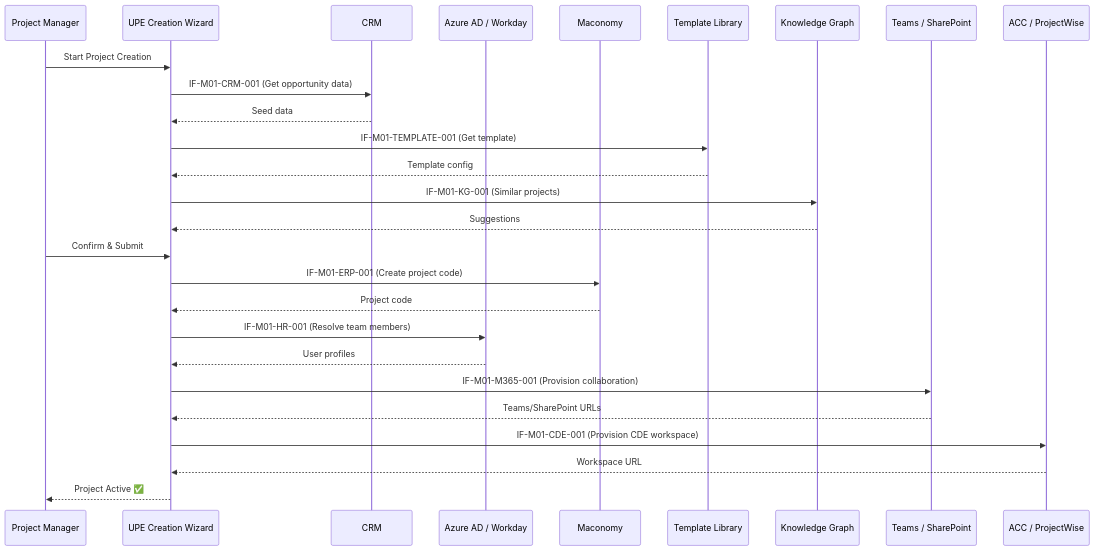
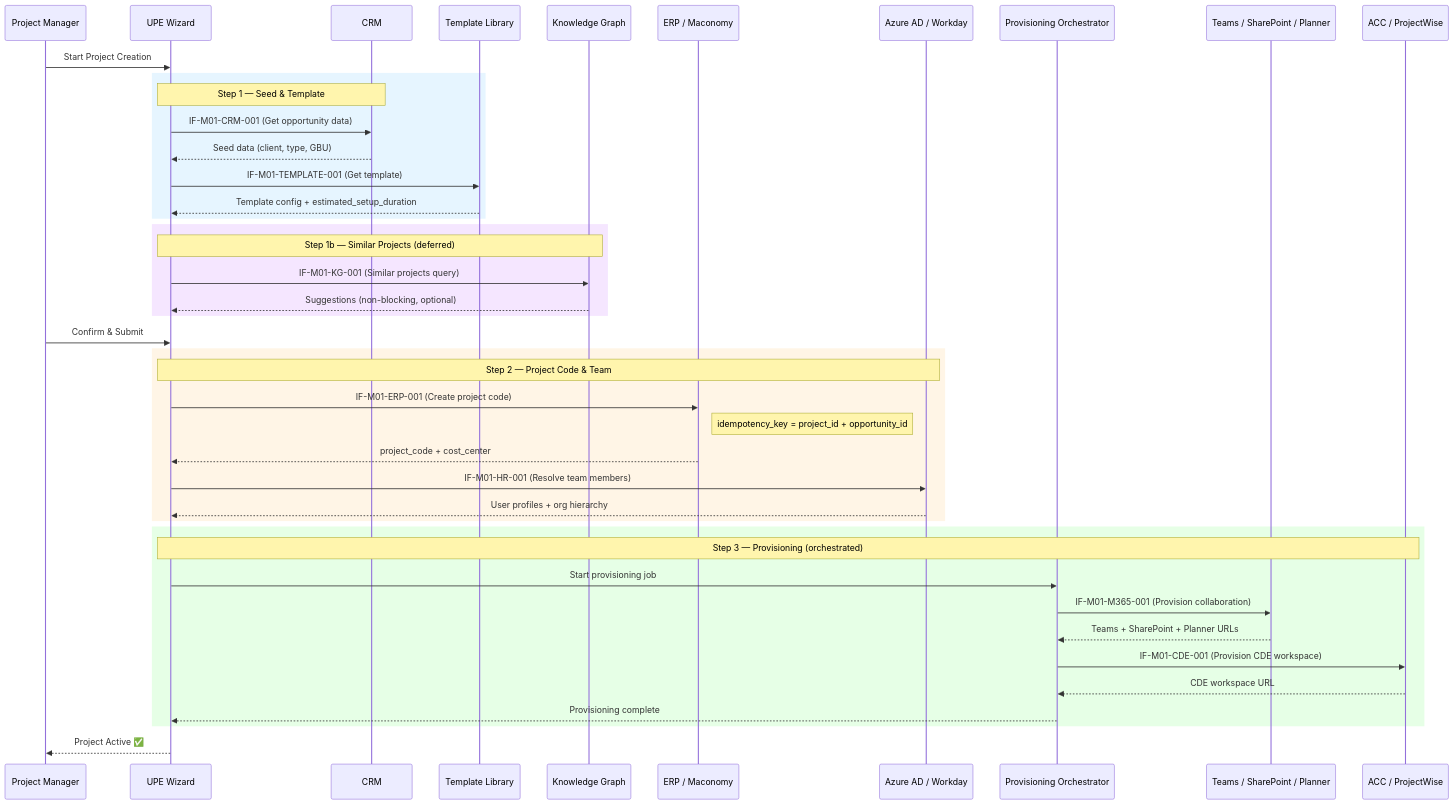
The diagram in knowledge-base/architecture/module_interfaces.md (Paradox-85/ram_upe), drawn with Mermaid before and after one commit. The commit also changed other lines of this file and 9 other files, not shown here.

First line of the commit message:
Update architecture docs, module interfaces, ADR-0001, and sprint-01 prototype prompt

````diff
--- a/knowledge-base/architecture/module_interfaces.md
+++ b/knowledge-base/architecture/module_interfaces.md
@@ -336,30 +374,52 @@
 ```mermaid
 sequenceDiagram
     participant PM as Project Manager
-    participant Wizard as UPE Creation Wizard
+    participant Wizard as UPE Wizard
     participant CRM as CRM
+    participant TL as Template Library
+    participant KG as Knowledge Graph
+    participant ERP as ERP / Maconomy
     participant HR as Azure AD / Workday
-    participant ERP as Maconomy
-    participant Template as Template Library
-    participant KG as Knowledge Graph
-    participant M365 as Teams / SharePoint
+    participant Orch as Provisioning Orchestrator
+    participant M365 as Teams / SharePoint / Planner
     participant CDE as ACC / ProjectWise
 
     PM->>Wizard: Start Project Creation
-    Wizard->>CRM: IF-M01-CRM-001 (Get opportunity data)
-    CRM-->>Wizard: Seed data
-    Wizard->>Template: IF-M01-TEMPLATE-001 (Get template)
-    Template-->>Wizard: Template config
-    Wizard->>KG: IF-M01-KG-001 (Similar projects)
-    KG-->>Wizard: Suggestions
+
+    rect rgb(230, 245, 255)
+        Note over Wizard,CRM: Step 1 — Seed & Template
+        Wizard->>CRM: IF-M01-CRM-001 (Get opportunity data)
+        CRM-->>Wizard: Seed data (client, type, GBU)
+        Wizard->>TL: IF-M01-TEMPLATE-001 (Get template)
+        TL-->>Wizard: Template config + estimated_setup_duration
+    end
+
+    rect rgb(245, 230, 255)
+        Note over Wizard,KG: Step 1b — Similar Projects (deferred)
+        Wizard->>KG: IF-M01-KG-001 (Similar projects query)
+        KG-->>Wizard: Suggestions (non-blocking, optional)
+    end
+
     PM->>Wizard: Confirm & Submit
-    Wizard->>ERP: IF-M01-ERP-001 (Create project code)
-    ERP-->>Wizard: Project code
-    Wizard->>HR: IF-M01-HR-001 (Resolve team members)
-    HR-->>Wizard: User profiles
-    Wizard->>M365: IF-M01-M365-001 (Provision collaboration)
-    M365-->>Wizard: Teams/SharePoint URLs
-    Wizard->>CDE: IF-M01-CDE-001 (Provision CDE workspace)
-    CDE-->>Wizard: Workspace URL
+
+    rect rgb(255, 245, 230)
+        Note over Wizard,HR: Step 2 — Project Code & Team
+        Wizard->>ERP: IF-M01-ERP-001 (Create project code)
+        Note right of ERP: idempotency_key = project_id + opportunity_id
+        ERP-->>Wizard: project_code + cost_center
+        Wizard->>HR: IF-M01-HR-001 (Resolve team members)
+        HR-->>Wizard: User profiles + org hierarchy
+    end
+
+    rect rgb(230, 255, 230)
+        Note over Wizard,CDE: Step 3 — Provisioning (orchestrated)
+        Wizard->>Orch: Start provisioning job
+        Orch->>M365: IF-M01-M365-001 (Provision collaboration)
+        M365-->>Orch: Teams + SharePoint + Planner URLs
+        Orch->>CDE: IF-M01-CDE-001 (Provision CDE workspace)
+        CDE-->>Orch: CDE workspace URL
+        Orch-->>Wizard: Provisioning complete
+    end
+
     Wizard-->>PM: Project Active ✅
 ```
````
